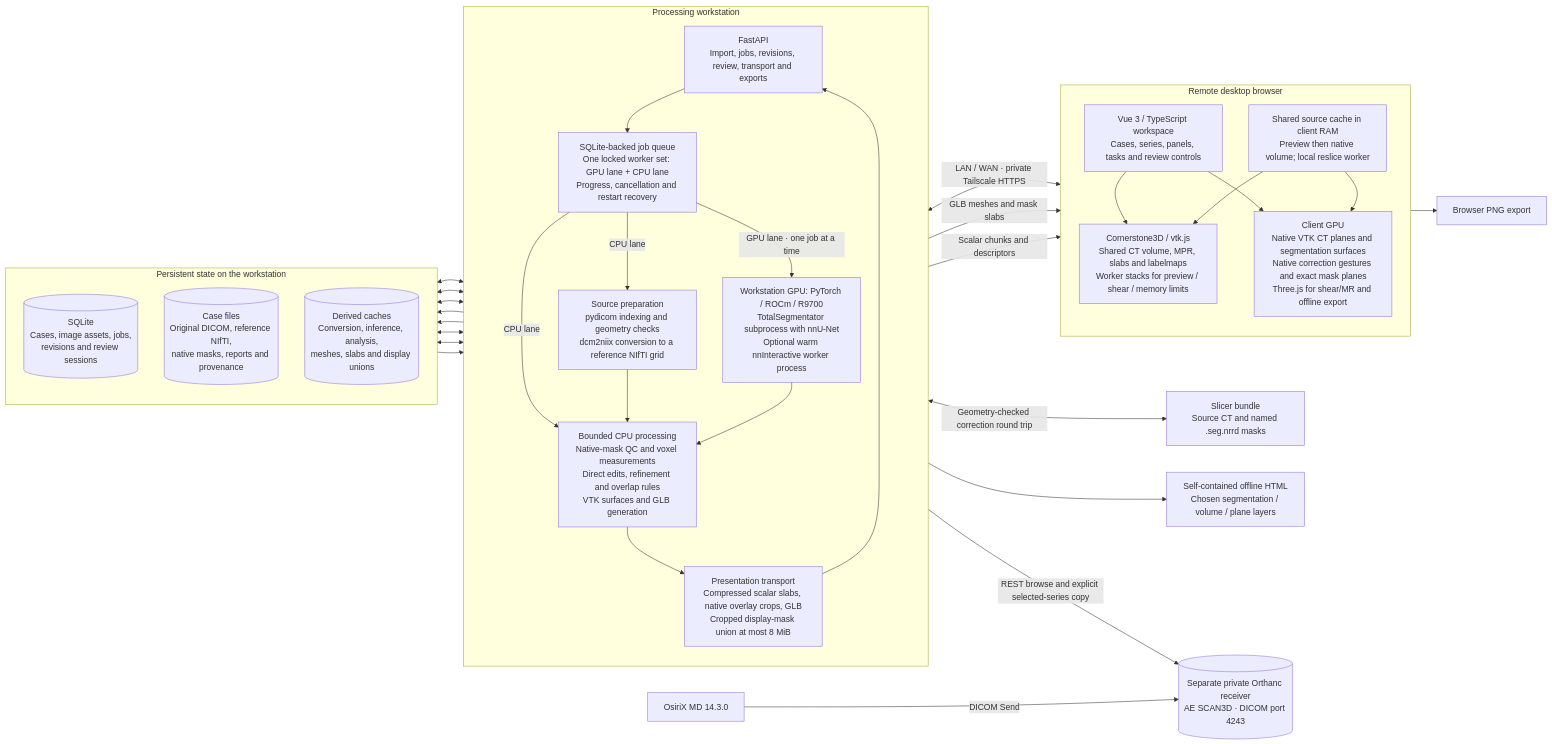
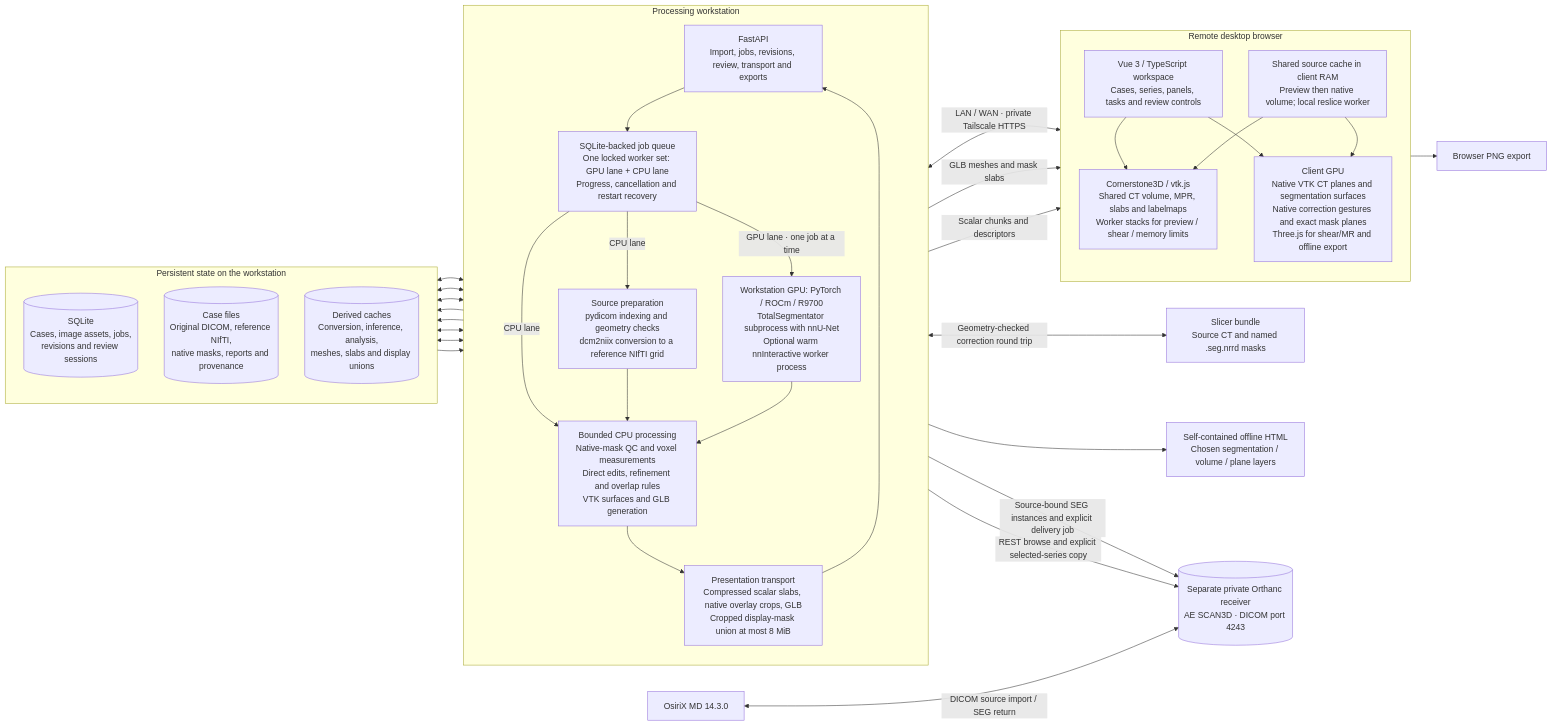
One commit to Truth129/3DScan changed the first of 3 diagrams in docs/ARCHITECTURE.md. Above: the diagram before and after it, drawn with Mermaid. The commit also changed other lines of this file and 3 other files, not shown here.

Commit message:
Document qualified Orthanc segmentation return workflow

````diff
--- a/docs/ARCHITECTURE.md
+++ b/docs/ARCHITECTURE.md
@@ -28,57 +28,58 @@
 ```mermaid
 flowchart LR
   subgraph CLIENT["Remote desktop browser"]
     direction TB
     UI["Vue 3 / TypeScript workspace<br/>Cases, series, panels, tasks and review controls"]
     RAM["Shared source cache in client RAM<br/>Preview then native volume; local reslice worker"]
     CT["Cornerstone3D / vtk.js<br/>Shared CT volume, MPR, slabs and labelmaps<br/>Worker stacks for preview / shear / memory limits"]
     WEBGL["Client GPU<br/>Native VTK CT planes and segmentation surfaces<br/>Native correction gestures and exact mask planes<br/>Three.js for shear/MR and offline export"]
     UI --> CT
     UI --> WEBGL
     RAM --> CT
     RAM --> WEBGL
   end
 
   subgraph HOST["Processing workstation"]
     direction TB
     API["FastAPI<br/>Import, jobs, revisions, review, transport and exports"]
     QUEUE["SQLite-backed job queue<br/>One locked worker set: GPU lane + CPU lane<br/>Progress, cancellation and restart recovery"]
     PREP["Source preparation<br/>pydicom indexing and geometry checks<br/>dcm2niix conversion to a reference NIfTI grid"]
     GPU["Workstation GPU: PyTorch / ROCm / R9700<br/>TotalSegmentator subprocess with nnU-Net<br/>Optional warm nnInteractive worker process"]
     CPU["Bounded CPU processing<br/>Native-mask QC and voxel measurements<br/>Direct edits, refinement and overlap rules<br/>VTK surfaces and GLB generation"]
     TRANSPORT["Presentation transport<br/>Compressed scalar slabs, native overlay crops, GLB<br/>Cropped display-mask union at most 8 MiB"]
     API --> QUEUE
     QUEUE -->|"CPU lane"| PREP
     QUEUE -->|"GPU lane · one job at a time"| GPU
     QUEUE -->|"CPU lane"| CPU
     PREP --> CPU
     GPU --> CPU
     CPU --> TRANSPORT
     TRANSPORT --> API
   end
 
   subgraph STATE["Persistent state on the workstation"]
     direction TB
     DB[("SQLite<br/>Cases, image assets, jobs,<br/>revisions and review sessions")]
     FILES[("Case files<br/>Original DICOM, reference NIfTI,<br/>native masks, reports and provenance")]
     CACHE[("Derived caches<br/>Conversion, inference, analysis,<br/>meshes, slabs and display unions")]
   end
 
   UI <-->|"LAN / WAN · private Tailscale HTTPS"| API
-  OSIRIX["OsiriX MD 14.3.0"] -->|"DICOM Send"| ORTHANC[("Separate private Orthanc receiver<br/>AE SCAN3D · DICOM port 4243")]
+  OSIRIX["OsiriX MD 14.3.0"] <-->|"DICOM source import / SEG return"| ORTHANC[("Separate private Orthanc receiver<br/>AE SCAN3D · DICOM port 4243")]
   API -->|"REST browse and explicit selected-series copy"| ORTHANC
+  CPU -->|"Source-bound SEG instances and explicit delivery job"| ORTHANC
   API -->|"Scalar chunks and descriptors"| RAM
   API -->|"GLB meshes and mask slabs"| WEBGL
   API <--> DB
   QUEUE <--> DB
   PREP --> FILES
   CPU --> FILES
   FILES --> TRANSPORT
   CPU <--> CACHE
   GPU <--> CACHE
   TRANSPORT <--> CACHE
 
   API --> HTML["Self-contained offline HTML<br/>Chosen segmentation / volume / plane layers"]
   API <-->|"Geometry-checked correction round trip"| SLICER["Slicer bundle<br/>Source CT and named .seg.nrrd masks"]
   WEBGL --> PNG["Browser PNG export"]
 ```
````
